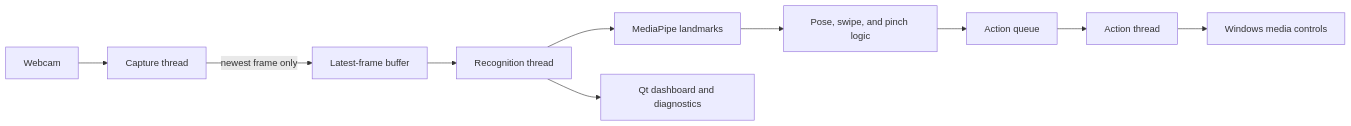
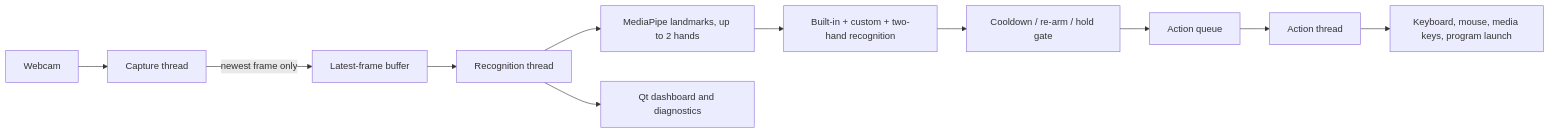
One commit to IshitaBhatt486/GestureControl changed the diagram in README.md. Above: the diagram before and after it, drawn with Mermaid. The commit also changed other lines of this file and 144 other files, not shown here.

````diff
--- a/README.md
+++ b/README.md
@@ -54,12 +61,13 @@
 ```mermaid
 flowchart LR
     Camera[Webcam] --> Capture[Capture thread]
     Capture -->|newest frame only| Buffer[Latest-frame buffer]
     Buffer --> Recognition[Recognition thread]
-    Recognition --> MediaPipe[MediaPipe landmarks]
-    MediaPipe --> Gestures[Pose, swipe, and pinch logic]
-    Gestures --> Actions[Action queue]
+    Recognition --> MediaPipe[MediaPipe landmarks, up to 2 hands]
+    MediaPipe --> Gestures[Built-in + custom + two-hand recognition]
+    Gestures --> Mapper[Cooldown / re-arm / hold gate]
+    Mapper --> Actions[Action queue]
     Actions --> Worker[Action thread]
-    Worker --> Windows[Windows media controls]
+    Worker --> Windows[Keyboard, mouse, media keys, program launch]
     Recognition --> UI[Qt dashboard and diagnostics]
 ```
````
